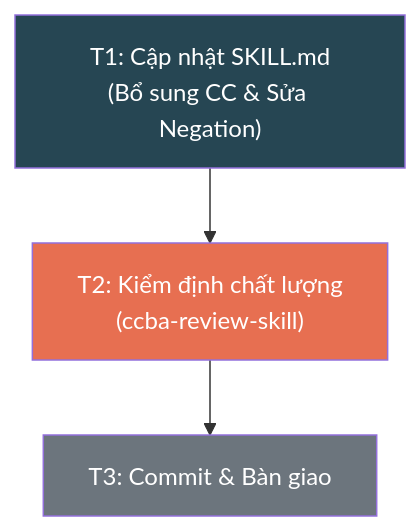
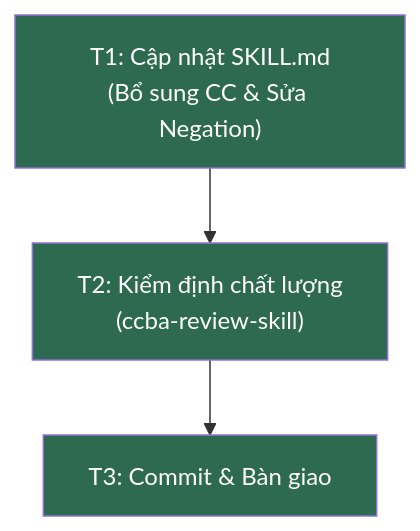
One commit to vvChu/ccba-agent-platform changed the diagram in .md/knowledge/issues/youtube-learn-improvement/map.md. Above: the diagram before and after it, drawn with Mermaid. The commit also changed other lines of this file, not shown here.

````diff
--- a/.md/knowledge/issues/youtube-learn-improvement/map.md
+++ b/.md/knowledge/issues/youtube-learn-improvement/map.md
@@ -52,12 +52,12 @@
 ```mermaid
 flowchart TD
     T1["T1: Cập nhật SKILL.md<br/>(Bổ sung CC & Sửa Negation)"]
     T2["T2: Kiểm định chất lượng<br/>(ccba-review-skill)"]
     T3["T3: Commit & Bàn giao"]
 
     T1 --> T2 --> T3
 
-    style T1 fill:#264653,color:#fff
-    style T2 fill:#e76f51,color:#fff
-    style T3 fill:#6c757d,color:#fff
+    style T1 fill:#2d6a4f,color:#fff
+    style T2 fill:#2d6a4f,color:#fff
+    style T3 fill:#2d6a4f,color:#fff
 ```
````
